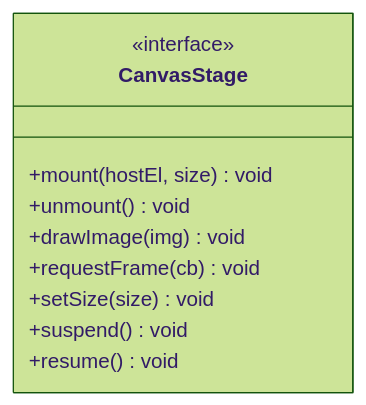
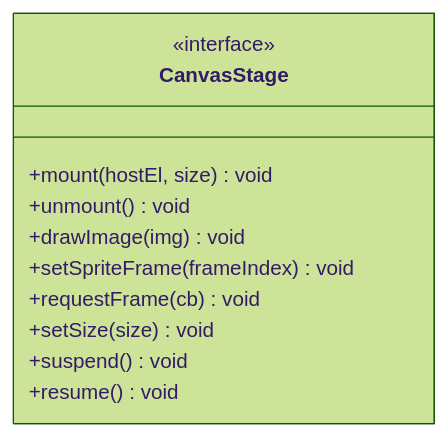
Diagram 30 of 59 in doc/2.detailed_design_specification.md (sher2018/cat_eyeing_mouse), drawn with Mermaid (forest theme) before and after one commit. The commit also changed other lines of this file and 25 other files, not shown here.

````diff
--- a/doc/2.detailed_design_specification.md
+++ b/doc/2.detailed_design_specification.md
@@ -942,13 +1033,14 @@
 ```mermaid
 classDiagram
     class CanvasStage {
         <<interface>>
         +mount(hostEl, size) void
         +unmount() void
         +drawImage(img) void
+        +setSpriteFrame(frameIndex) void
         +requestFrame(cb) void
         +setSize(size) void
         +suspend() void
         +resume() void
     }
 ```
````
